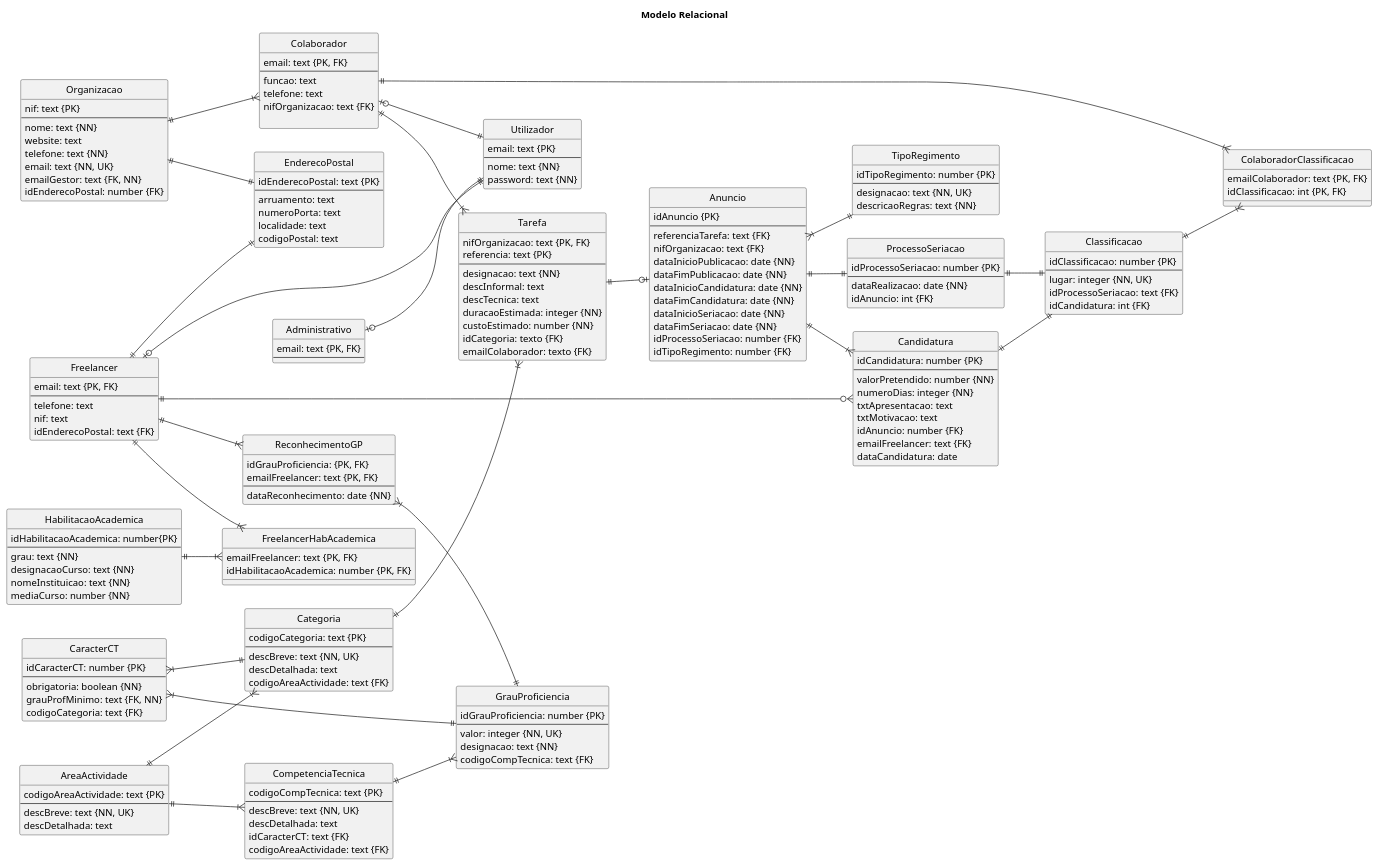
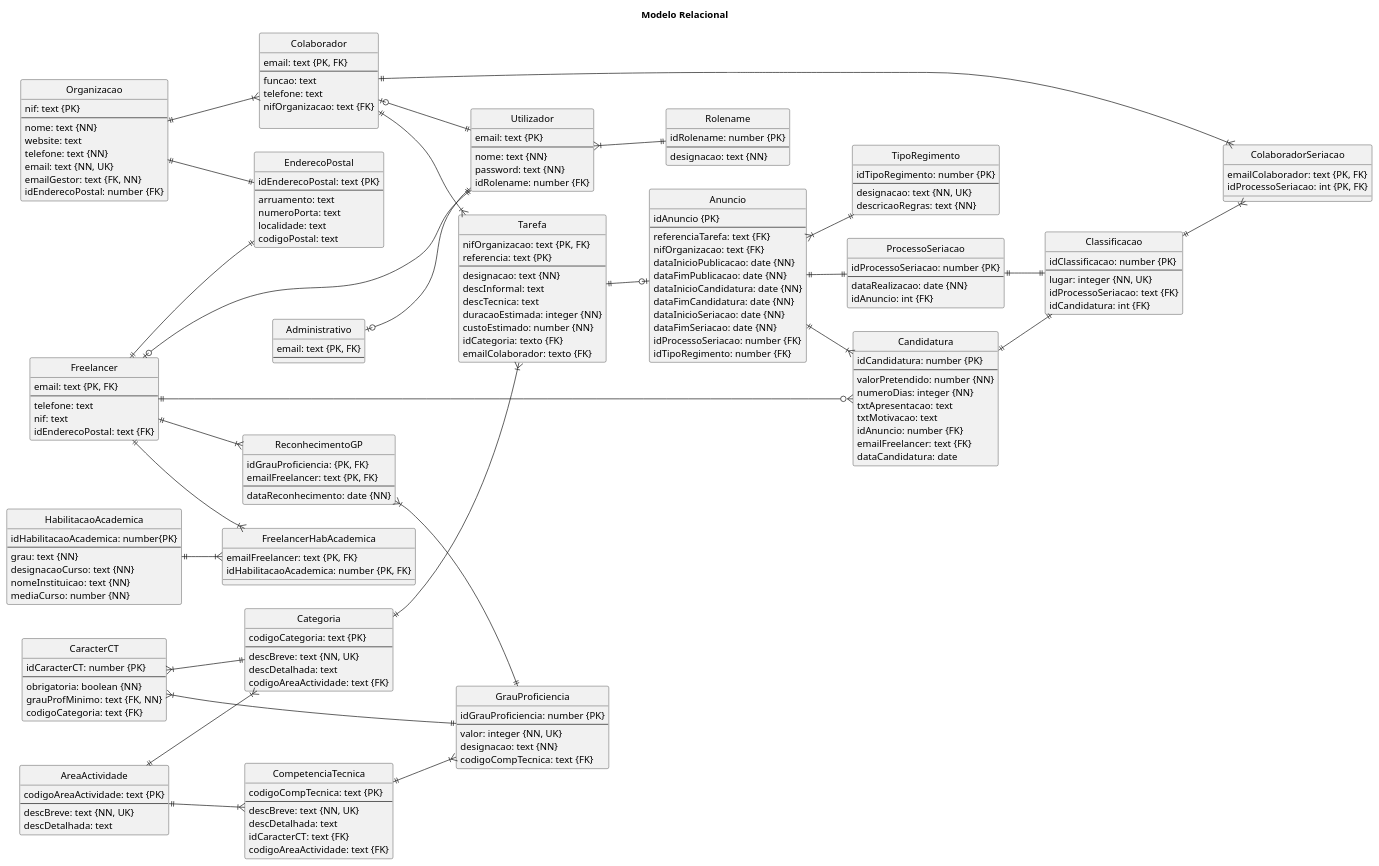
One commit to blestonbandeiraUPSKILL/upskill_java1_labprg_grupo2 changed the diagram in BaseDados/Modelo_Relacional.puml. Above: the diagram before and after it, drawn with PlantUML. The commit also changed 24 other files, not shown here.

```diff
--- a/BaseDados/Modelo_Relacional.puml
+++ b/BaseDados/Modelo_Relacional.puml
@@ -26,9 +26,9 @@
 
 }
 
-entity "ColaboradorClassificacao" {
+entity "ColaboradorSeriacao" {
     emailColaborador: text {PK, FK}
-    idClassificacao: int {PK, FK}
+    idProcessoSeriacao: int {PK, FK}
 }
 
 entity "Utilizador" {
@@ -36,11 +36,18 @@
     --
     nome: text {NN}
     password: text {NN}
+    idRolename: number {FK}
 }
 
 entity "Administrativo" {
     email: text {PK, FK}
     --
+}
+
+entity "Rolename" {
+    idRolename: number {PK}
+    --
+    designacao: text {NN}
 }
 
 entity "Categoria" {
@@ -208,8 +215,8 @@
 ReconhecimentoGP }|--|| GrauProficiencia
 CaracterCT }|--|| Categoria
 CaracterCT }|--|| GrauProficiencia
-Classificacao ||--|{ ColaboradorClassificacao
-Colaborador ||--|{ ColaboradorClassificacao
-
+Classificacao ||--|{ ColaboradorSeriacao
+Colaborador ||--|{ ColaboradorSeriacao
+Utilizador }|--|| Rolename
 
 @enduml
```
